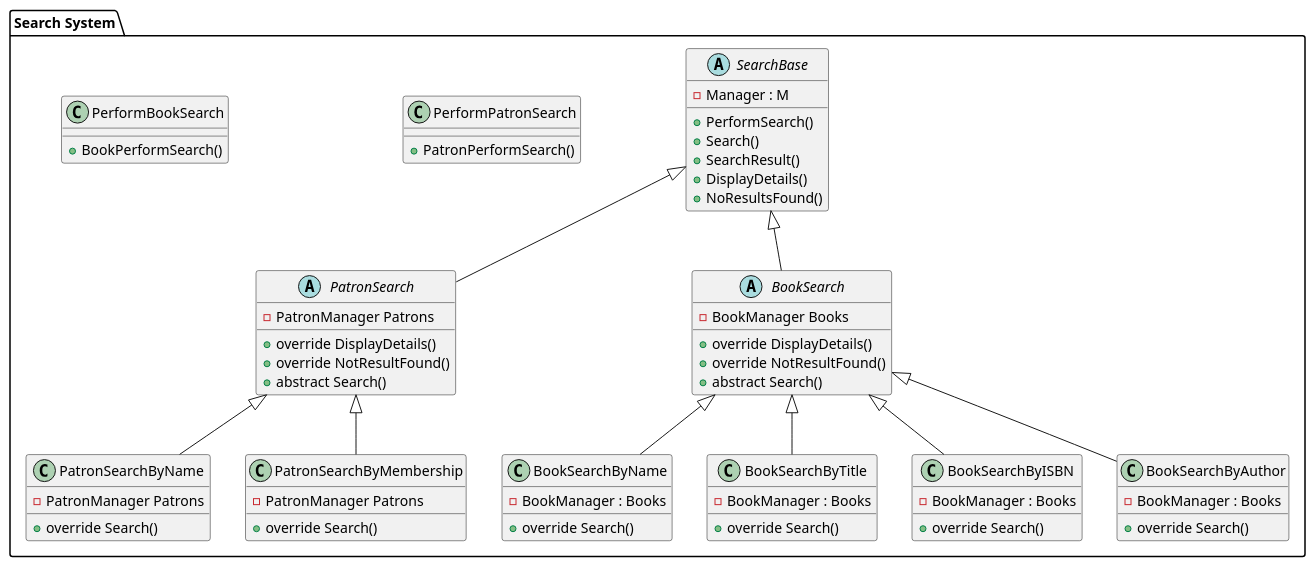
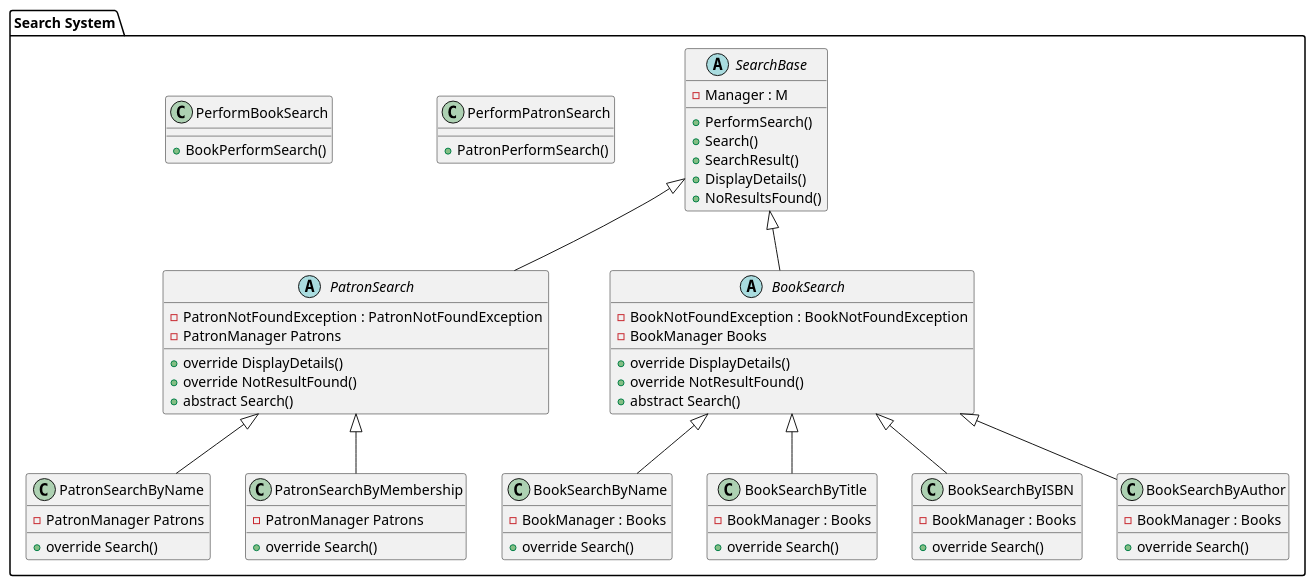
The diagram in UML-Diagram/SearchSystem.puml (programacion-6/Opcion1CanelitaTeam), drawn with PlantUML before and after one commit.

Commit message:
feat: implement exception handling in search operations

```diff
--- a/UML-Diagram/SearchSystem.puml
+++ b/UML-Diagram/SearchSystem.puml
@@ -1,70 +1,71 @@
 @startuml SearchSystem
 package "Search System" {
 
     ' Define abstract classes
 
     abstract class SearchBase {
-
         - Manager : M
         + PerformSearch()
         + Search()
         + SearchResult()
         + DisplayDetails()
         + NoResultsFound()
 
     }
 
     abstract class PatronSearch extends SearchBase {
+        - PatronNotFoundException : PatronNotFoundException
         - PatronManager Patrons
         + override DisplayDetails()
         + override NotResultFound()
         + abstract Search()
     }
 
     abstract class BookSearch extends SearchBase {
+        - BookNotFoundException : BookNotFoundException
         - BookManager Books
         + override DisplayDetails()
         + override NotResultFound()
         + abstract Search()
     }
     
     ' Define main classes
     class PatronSearchByName extends PatronSearch{
         - PatronManager Patrons
         + override Search()
     }
 
     class PatronSearchByMembership extends PatronSearch{
         - PatronManager Patrons
         + override Search()
     }
 
     class BookSearchByName extends BookSearch {
         - BookManager : Books
         + override Search()
     }
 
     class BookSearchByTitle extends BookSearch {
         - BookManager : Books
         + override Search()
     }
 
     class BookSearchByISBN extends BookSearch {
         - BookManager : Books
         + override Search()
     }
     
     class BookSearchByAuthor extends BookSearch {
         - BookManager : Books
         + override Search()
     }
 
     class PerformPatronSearch {
         + PatronPerformSearch() 
     }
 
      class PerformBookSearch {
         + BookPerformSearch() 
     }
 }
 @enduml 
```
